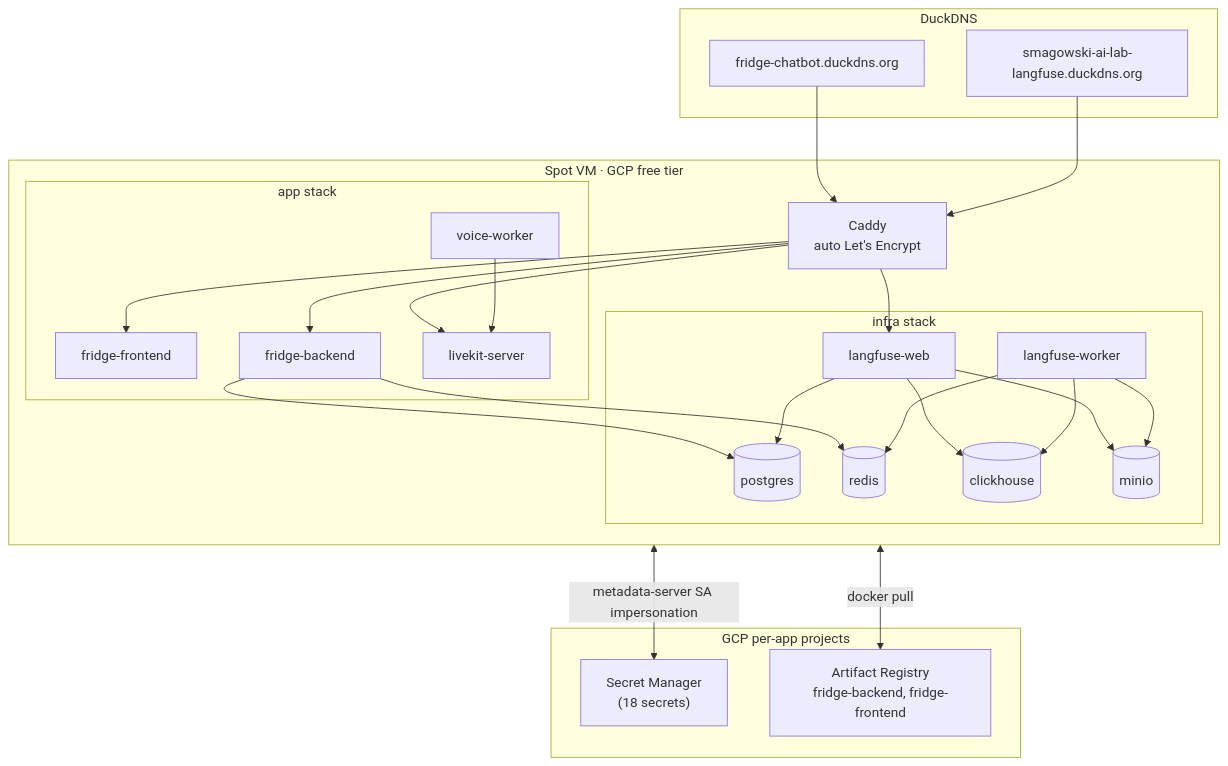
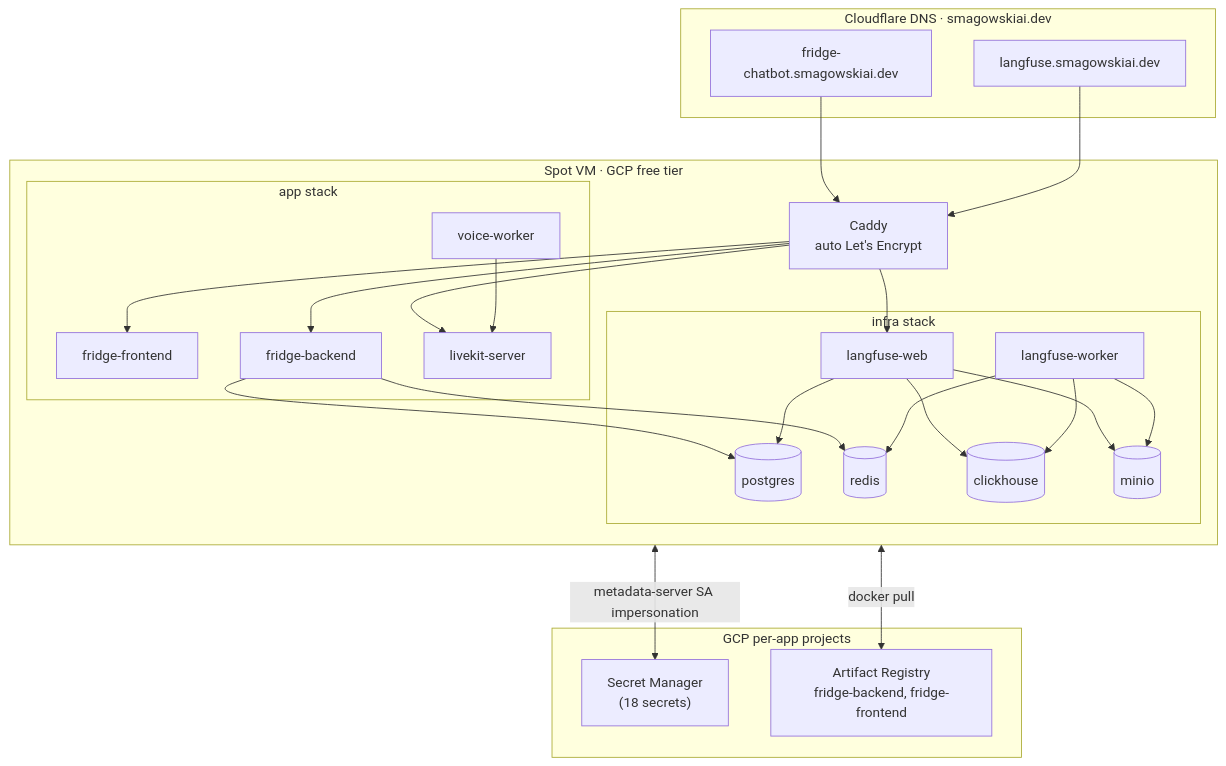
The second of 2 diagrams in README.md (SzymonSmagowski/fridge-chatbot), drawn with Mermaid before and after one commit. The commit also changed 9 other files, not shown here.

````diff
--- a/README.md
+++ b/README.md
@@ -195,40 +195,40 @@
 ```mermaid
 flowchart TB
-    subgraph DNS["DuckDNS"]
-        D1[fridge-chatbot.duckdns.org]
-        D2[smagowski-ai-lab-langfuse.duckdns.org]
+    subgraph DNS["Cloudflare DNS · smagowskiai.dev"]
+        D1[fridge-chatbot.smagowskiai.dev]
+        D2[langfuse.smagowskiai.dev]
     end
 
     subgraph VM["Spot VM · GCP free tier"]
         CADDY[Caddy<br/>auto Let's Encrypt]
         subgraph App["app stack"]
             FE[fridge-frontend]
             BE[fridge-backend]
             VW[voice-worker]
             LKS[livekit-server]
         end
         subgraph Infra["infra stack"]
             PG[(postgres)]
             RD[(redis)]
             CH[(clickhouse)]
             S3[(minio)]
             LFW[langfuse-web]
             LFK[langfuse-worker]
         end
         CADDY --> FE & BE & LKS & LFW
         BE --> PG & RD
         VW --> LKS
         LFW --> PG & CH & S3
         LFK --> CH & S3 & RD
     end
 
     subgraph GCP["GCP per-app projects"]
         SM["Secret Manager<br/>(18 secrets)"]
         AR["Artifact Registry<br/>fridge-backend, fridge-frontend"]
     end
 
     D1 --> CADDY
     D2 --> CADDY
     VM <-->|metadata-server SA impersonation| SM
     VM <-->|docker pull| AR
 ```
````
